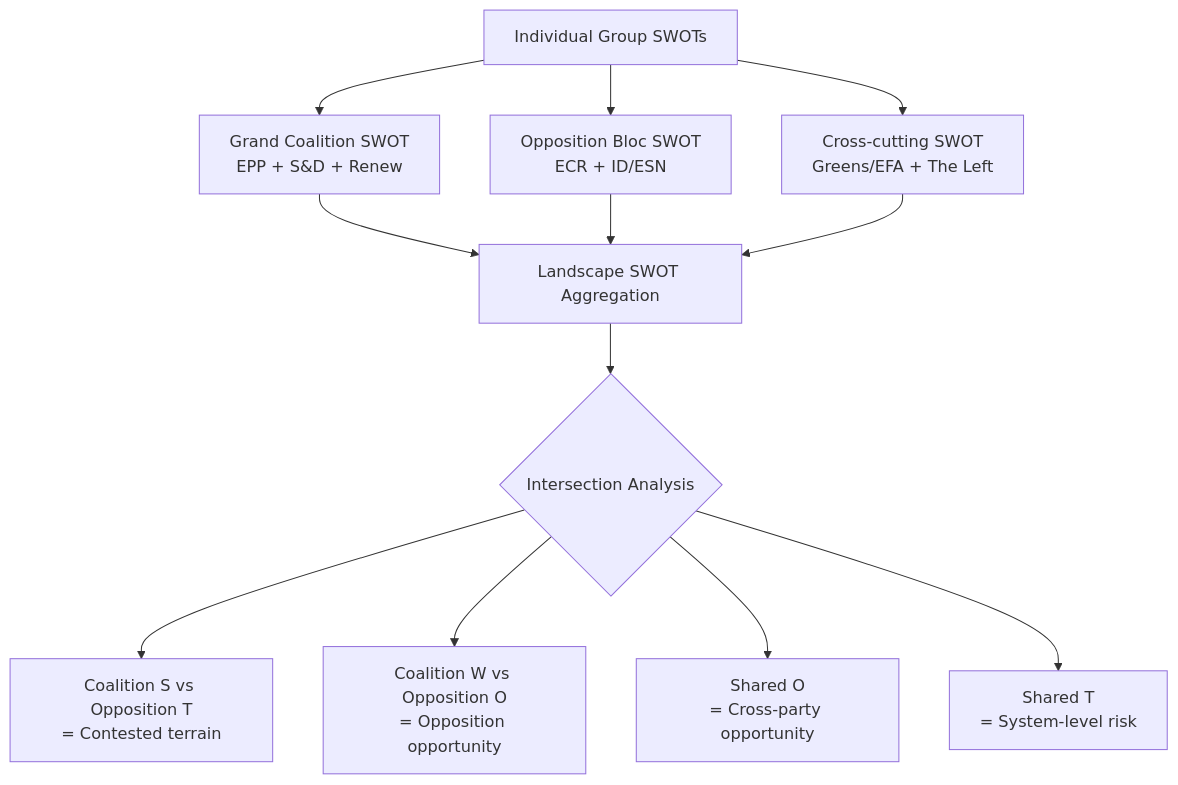
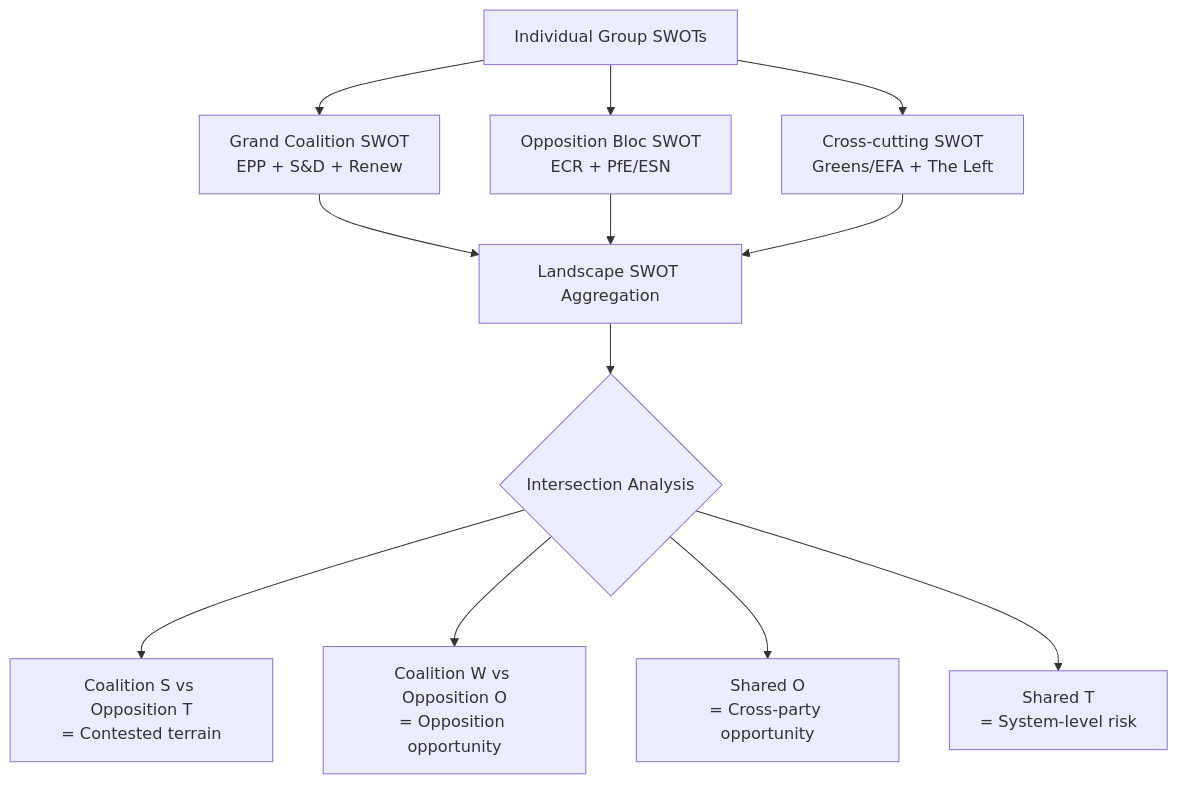
Before and after one commit to Hack23/euparliamentmonitor: the second of 2 diagrams in analysis/methodologies/political-swot-framework.md, drawn with Mermaid. The commit also changed other lines of this file and 6 other files, not shown here.

````diff
--- a/analysis/methodologies/political-swot-framework.md
+++ b/analysis/methodologies/political-swot-framework.md
@@ -125,16 +125,16 @@
 ```mermaid
 flowchart TD
     A[Individual Group SWOTs] --> B[Grand Coalition SWOT<br/>EPP + S&D + Renew]
-    A --> C[Opposition Bloc SWOT<br/>ECR + ID/ESN]
+    A --> C[Opposition Bloc SWOT<br/>ECR + PfE/ESN]
     A --> D[Cross-cutting SWOT<br/>Greens/EFA + The Left]
 
     B --> E[Landscape SWOT Aggregation]
     C --> E
     D --> E
 
     E --> F{Intersection Analysis}
     F --> G[Coalition S vs Opposition T<br/>= Contested terrain]
     F --> H[Coalition W vs Opposition O<br/>= Opposition opportunity]
     F --> I[Shared O<br/>= Cross-party opportunity]
     F --> J[Shared T<br/>= System-level risk]
 ```
````
